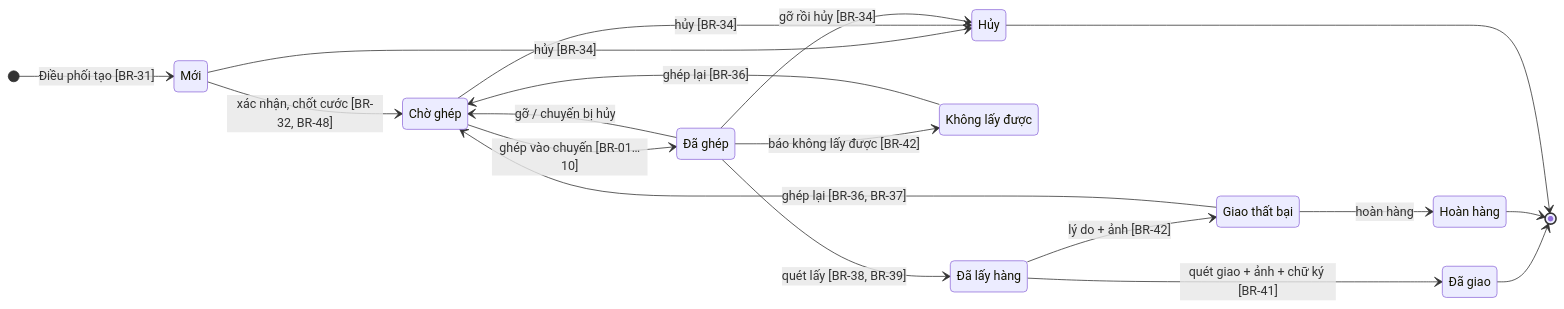
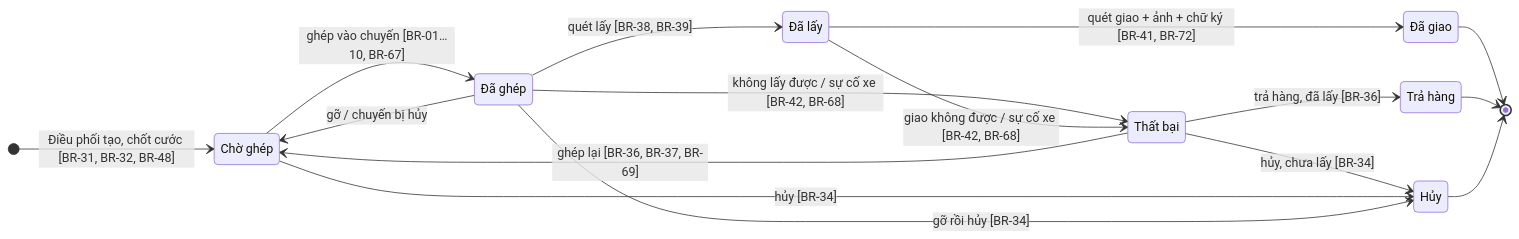
The fourth of 10 diagrams in docs/so-do.md (takidang/QLVC), drawn with Mermaid before and after one commit. The commit also changed other lines of this file and 5 other files, not shown here.

````diff
--- a/docs/so-do.md
+++ b/docs/so-do.md
@@ -199,30 +193,26 @@
 ```mermaid
 stateDiagram-v2
   direction LR
-  state "Mới" as MOI
   state "Chờ ghép" as CHO_GHEP
   state "Đã ghép" as DA_GHEP
-  state "Đã lấy hàng" as DA_LAY_HANG
-  state "Không lấy được" as KHONG_LAY_DUOC
+  state "Đã lấy" as DA_LAY
   state "Đã giao" as DA_GIAO
-  state "Giao thất bại" as GIAO_THAT_BAI
-  state "Hoàn hàng" as HOAN_HANG
+  state "Thất bại" as THAT_BAI
+  state "Trả hàng" as TRA_HANG
   state "Hủy" as HUY
-  [*] --> MOI : Điều phối tạo [BR-31]
-  MOI --> CHO_GHEP : xác nhận, chốt cước [BR-32, BR-48]
-  CHO_GHEP --> DA_GHEP : ghép vào chuyến [BR-01…10]
+  [*] --> CHO_GHEP : Điều phối tạo, chốt cước [BR-31, BR-32, BR-48]
+  CHO_GHEP --> DA_GHEP : ghép vào chuyến [BR-01…10, BR-67]
   DA_GHEP --> CHO_GHEP : gỡ / chuyến bị hủy
-  DA_GHEP --> DA_LAY_HANG : quét lấy [BR-38, BR-39]
-  DA_GHEP --> KHONG_LAY_DUOC : báo không lấy được [BR-42]
-  DA_LAY_HANG --> DA_GIAO : quét giao + ảnh + chữ ký [BR-41]
-  DA_LAY_HANG --> GIAO_THAT_BAI : lý do + ảnh [BR-42]
-  GIAO_THAT_BAI --> CHO_GHEP : ghép lại [BR-36, BR-37]
-  KHONG_LAY_DUOC --> CHO_GHEP : ghép lại [BR-36]
-  GIAO_THAT_BAI --> HOAN_HANG : hoàn hàng
-  MOI --> HUY : hủy [BR-34]
+  DA_GHEP --> DA_LAY : quét lấy [BR-38, BR-39]
+  DA_GHEP --> THAT_BAI : không lấy được / sự cố xe [BR-42, BR-68]
+  DA_LAY --> DA_GIAO : quét giao + ảnh + chữ ký [BR-41, BR-72]
+  DA_LAY --> THAT_BAI : giao không được / sự cố xe [BR-42, BR-68]
+  THAT_BAI --> CHO_GHEP : ghép lại [BR-36, BR-37, BR-69]
+  THAT_BAI --> TRA_HANG : trả hàng, đã lấy [BR-36]
+  THAT_BAI --> HUY : hủy, chưa lấy [BR-34]
   CHO_GHEP --> HUY : hủy [BR-34]
   DA_GHEP --> HUY : gỡ rồi hủy [BR-34]
   DA_GIAO --> [*]
-  HOAN_HANG --> [*]
+  TRA_HANG --> [*]
   HUY --> [*]
 ```
````
